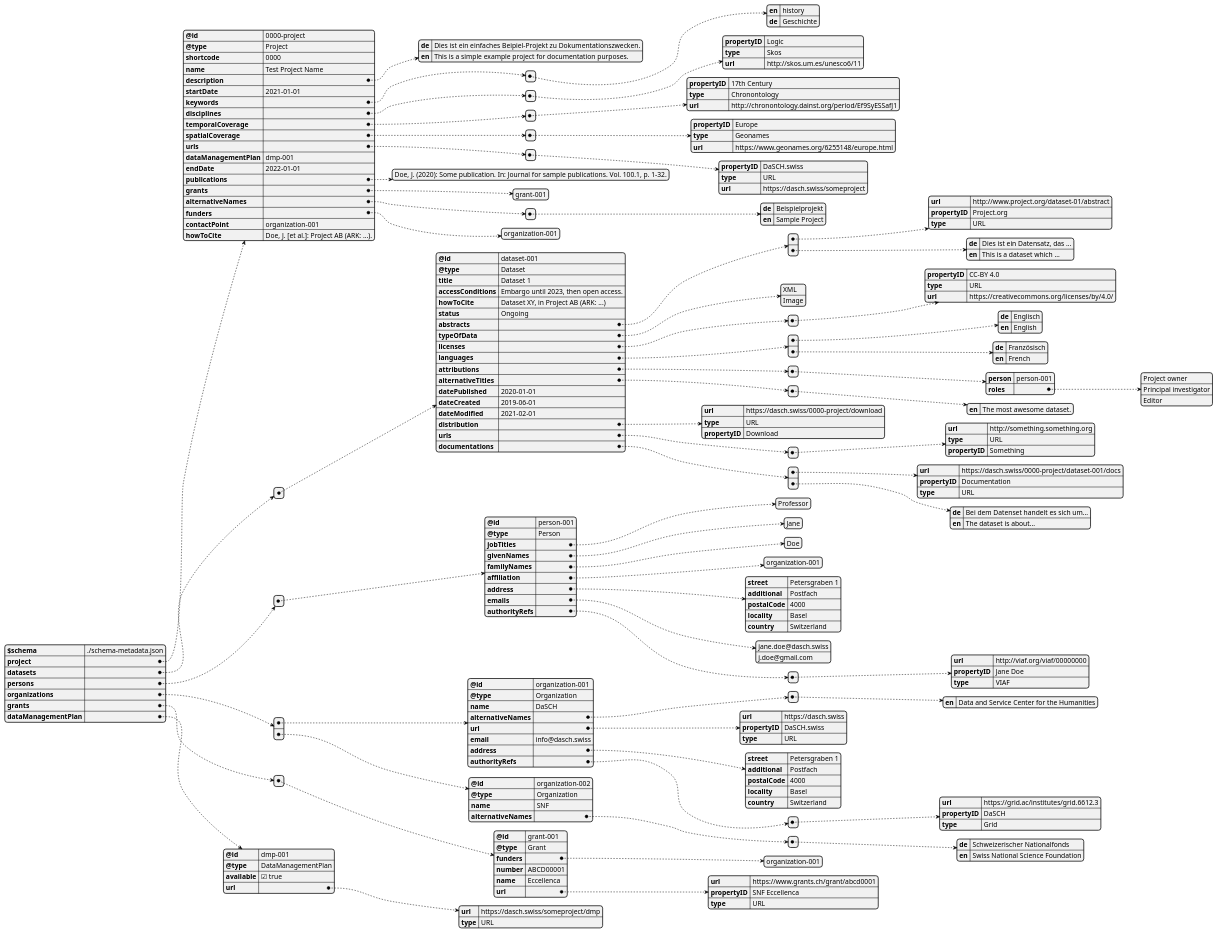
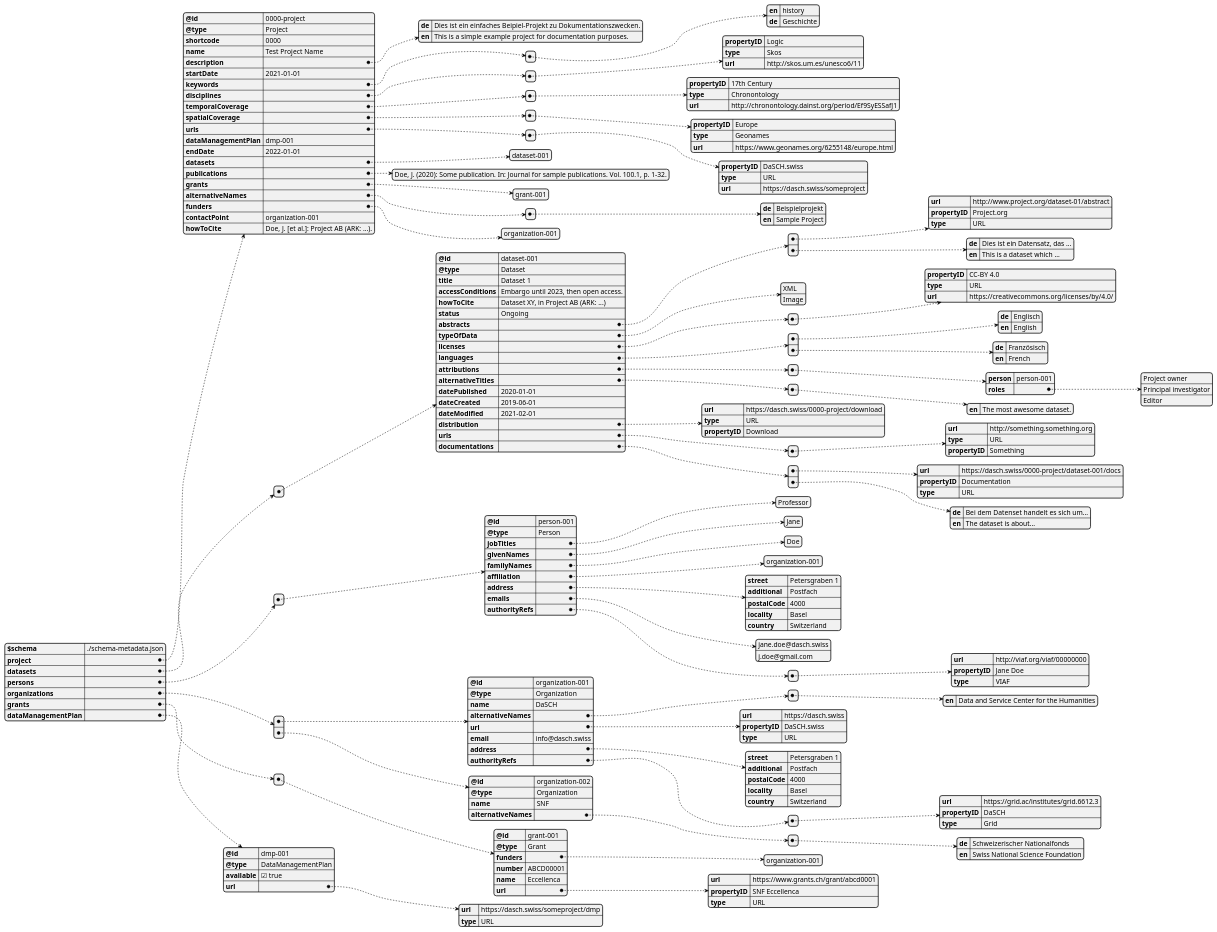
One commit to dasch-swiss/dasch-service-platform changed the diagram in docs/services/metadata/api-example.puml. Above: the diagram before and after it, drawn with PlantUML. The commit also changed 4 other files, not shown here.

```diff
--- a/docs/services/metadata/api-example.puml
+++ b/docs/services/metadata/api-example.puml
@@ -48,6 +48,9 @@
     ],
     "dataManagementPlan": "dmp-001",
     "endDate": "2022-01-01",
+    "datasets": [
+      "dataset-001"
+    ],
     "publications": [
       "Doe, J. (2020): Some publication. In: Journal for sample publications. Vol. 100.1, p. 1-32."
     ],
```
